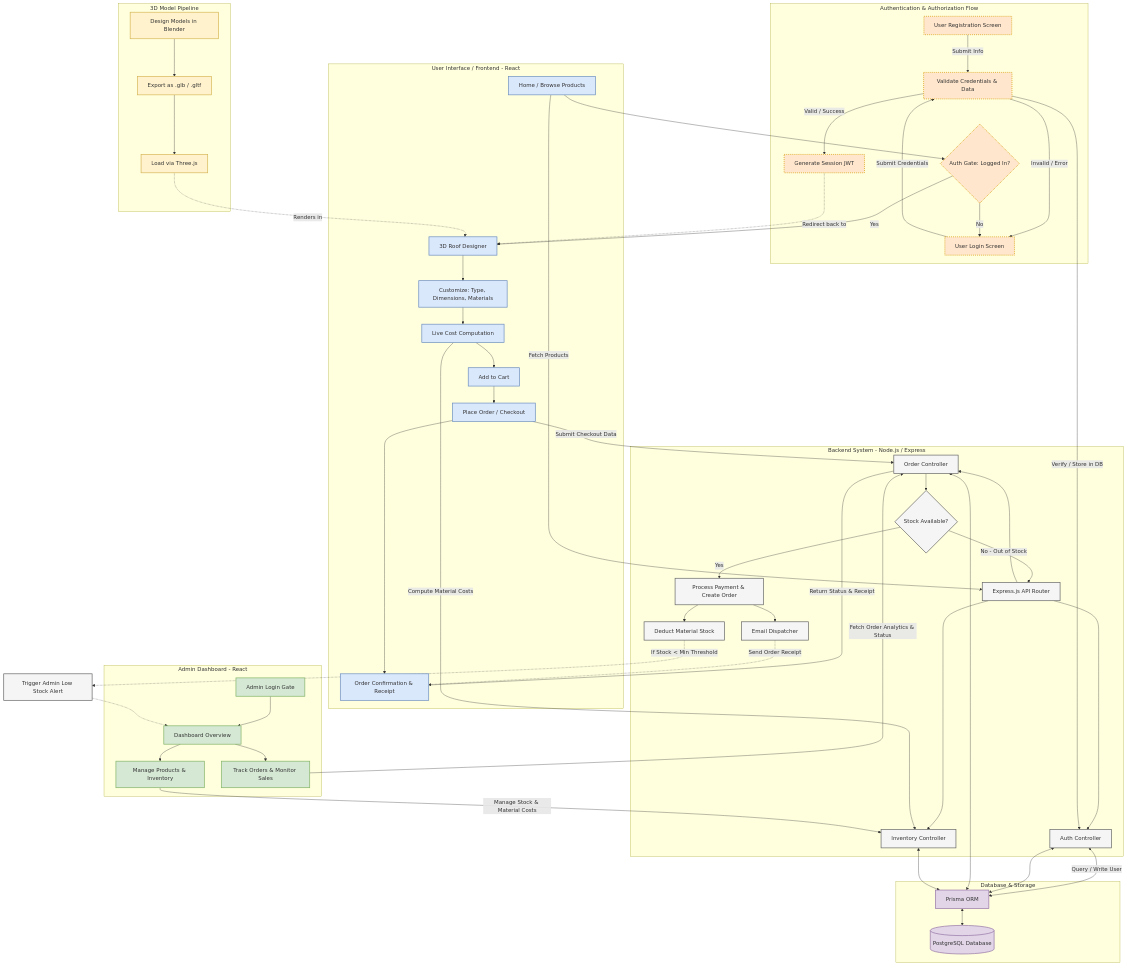
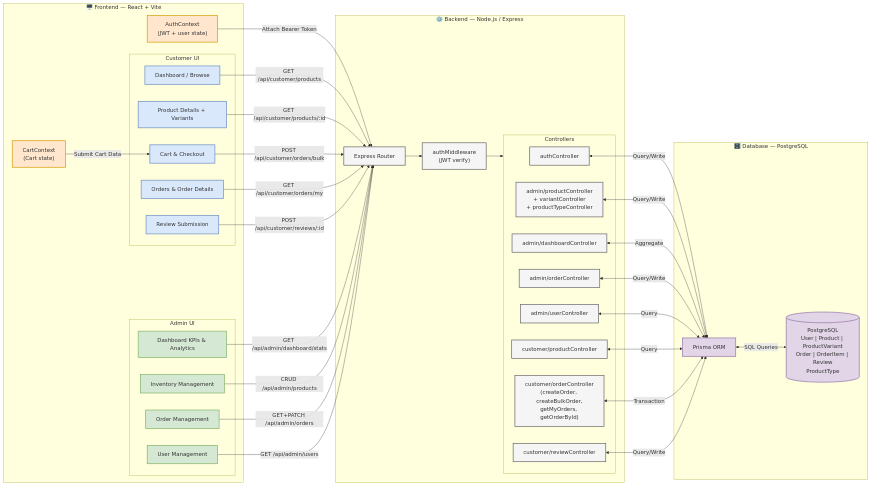
One commit to jerrycajote-Software/mega_pacific_capstone changed the sixth of 6 diagrams in flowchart.md. Above: the diagram before and after it, drawn with Mermaid. The commit also changed other lines of this file and 36 other files, not shown here.

````diff
--- a/flowchart.md
+++ b/flowchart.md
@@ -9,151 +481,83 @@
 ```mermaid
-graph TD
-    %% Styling / Themes
-    classDef auth fill:#ffe6cc,stroke:#d79b00,stroke-dasharray: 3 3,stroke-width:2px;
+flowchart LR
+    classDef auth fill:#ffe6cc,stroke:#d79b00,stroke-width:2px;
     classDef user fill:#dae8fc,stroke:#6c8ebf,stroke-width:2px;
     classDef admin fill:#d5e8d4,stroke:#82b366,stroke-width:2px;
     classDef backend fill:#f5f5f5,stroke:#666666,stroke-width:2px;
     classDef db fill:#e1d5e7,stroke:#9673a6,stroke-width:2px;
-    classDef pipeline fill:#fff2cc,stroke:#d6b656,stroke-width:2px;
 
-    %% -------------------------------------------------------------------------
-    %% SUBGRAPH: Authentication & Authorization Flow (Separate Logic)
-    %% -------------------------------------------------------------------------
-    subgraph AuthFlow ["Authentication & Authorization Flow"]
-        UReg["User Registration Screen"]
-        ULog["User Login Screen"]
-        ValCreds["Validate Credentials & Data"]
-        GenToken["Generate Session JWT"]
-        AuthGate{"Auth Gate: Logged In?"}
+    subgraph Frontend ["🖥️ Frontend — React + Vite"]
+        AuthCtx["AuthContext\n(JWT + user state)"]
+        CartCtx["CartContext\n(Cart state)"]
 
-        UReg -->|Submit Info| ValCreds
-        ULog -->|Submit Credentials| ValCreds
-        ValCreds -->|Valid / Success| GenToken
-        ValCreds -->|Invalid / Error| ULog
+        subgraph CustomerUI ["Customer UI"]
+            CU1["Dashboard / Browse"]
+            CU2["Product Details + Variants"]
+            CU3["Cart & Checkout"]
+            CU4["Orders & Order Details"]
+            CU5["Review Submission"]
+        end
+
+        subgraph AdminUI ["Admin UI"]
+            AU1["Dashboard KPIs & Analytics"]
+            AU2["Inventory Management"]
+            AU3["Order Management"]
+            AU4["User Management"]
+        end
     end
 
-    %% -------------------------------------------------------------------------
-    %% SUBGRAPH: User Frontend Flow
-    %% -------------------------------------------------------------------------
-    subgraph UserInterface ["User Interface / Frontend - React"]
-        U1["Home / Browse Products"]
-        U2["3D Roof Designer"]
-        U3["Customize: Type, Dimensions, Materials"]
-        U4["Live Cost Computation"]
-        U5["Add to Cart"]
-        U6["Place Order / Checkout"]
-        U7["Order Confirmation & Receipt"]
+    subgraph Backend ["⚙️ Backend — Node.js / Express"]
+        Router["Express Router"]
+        AuthMW["authMiddleware\n(JWT verify)"]
 
-        U1 --> AuthGate
-        AuthGate -->|Yes| U2
-        AuthGate -->|No| ULog
-        GenToken -.->|Redirect back to| U2
-
-        U2 --> U3
-        U3 --> U4
-        U4 --> U5
-        U5 --> U6
-        U6 --> U7
+        subgraph Controllers ["Controllers"]
+            AC["authController"]
+            APC["admin/productController\n+ variantController\n+ productTypeController"]
+            ADC["admin/dashboardController"]
+            AOC["admin/orderController"]
+            AUC["admin/userController"]
+            CPC["customer/productController"]
+            COC["customer/orderController\n(createOrder, createBulkOrder,\ngetMyOrders, getOrderById)"]
+            CRC["customer/reviewController"]
+        end
     end
 
-    %% -------------------------------------------------------------------------
-    %% SUBGRAPH: Admin Dashboard
-    %% -------------------------------------------------------------------------
-    subgraph AdminPanel ["Admin Dashboard - React"]
-        A1["Admin Login Gate"]
-        A2["Dashboard Overview"]
-        A3["Manage Products & Inventory"]
-        A4["Track Orders & Monitor Sales"]
-        
-        A1 --> A2
-        A2 --> A3
-        A2 --> A4
+    subgraph Database ["🗄️ Database — PostgreSQL"]
+        PrismaORM["Prisma ORM"]
+        DB[("PostgreSQL\nUser | Product | ProductVariant\nOrder | OrderItem | Review\nProductType")]
     end
 
-    %% -------------------------------------------------------------------------
-    %% SUBGRAPH: Backend API & Business Logic
-    %% -------------------------------------------------------------------------
-    subgraph BackendSystem ["Backend System - Node.js / Express"]
-        B1["Express.js API Router"]
-        BAuth["Auth Controller"]
-        BOrder["Order Controller"]
-        BInv["Inventory Controller"]
-        
-        %% Inventory & Order Internal Logic
-        InvCheck{"Stock Available?"}
-        InvDeduct["Deduct Material Stock"]
-        ProcOrder["Process Payment & Create Order"]
-        EmailService["Email Dispatcher"]
-        
-        B1 --> BAuth
-        B1 --> BOrder
-        B1 --> BInv
-        
-        %% Order Flow inside Backend
-        BOrder --> InvCheck
-        InvCheck -->|No - Out of Stock| B1
-        InvCheck -->|Yes| ProcOrder
-        ProcOrder --> InvDeduct
-        ProcOrder --> EmailService
-    end
+    AuthCtx -->|"Attach Bearer Token"| Router
+    CartCtx -->|"Submit Cart Data"| CU3
 
-    %% -------------------------------------------------------------------------
-    %% SUBGRAPH: Database
-    %% -------------------------------------------------------------------------
-    subgraph DBSystem ["Database & Storage"]
-        DB[("PostgreSQL Database")]
-        Prisma["Prisma ORM"]
-        
-        Prisma <--> DB
-    end
+    CU1 -->|"GET /api/customer/products"| Router
+    CU2 -->|"GET /api/customer/products/:id"| Router
+    CU3 -->|"POST /api/customer/orders/bulk"| Router
+    CU4 -->|"GET /api/customer/orders/my"| Router
+    CU5 -->|"POST /api/customer/reviews/:id"| Router
 
-    %% -------------------------------------------------------------------------
-    %% SUBGRAPH: 3D Pipeline
-    %% -------------------------------------------------------------------------
-    subgraph ThreeDPipeline ["3D Model Pipeline"]
-        M1["Design Models in Blender"]
-        M2["Export as .glb / .gltf"]
-        M3["Load via Three.js"]
-        
-        M1 --> M2
-        M2 --> M3
-    end
+    AU1 -->|"GET /api/admin/dashboard/stats"| Router
+    AU2 -->|"CRUD /api/admin/products"| Router
+    AU3 -->|"GET+PATCH /api/admin/orders"| Router
+    AU4 -->|"GET /api/admin/users"| Router
 
-    %% -------------------------------------------------------------------------
-    %% CONNECTIONS & INTERACTIONS
-    %% -------------------------------------------------------------------------
-    %% Three.js connection
-    M3 -.->|Renders in| U2
+    Router --> AuthMW
+    AuthMW --> Controllers
 
-    %% Auth Connections
-    ValCreds -->|Verify / Store in DB| BAuth
-    BAuth <-->|Query / Write User| Prisma
+    AC <-->|"Query/Write"| PrismaORM
+    APC <-->|"Query/Write"| PrismaORM
+    ADC <-->|"Aggregate"| PrismaORM
+    AOC <-->|"Query/Write"| PrismaORM
+    AUC <-->|"Query"| PrismaORM
+    CPC <-->|"Query"| PrismaORM
+    COC <-->|"Transaction"| PrismaORM
+    CRC <-->|"Query/Write"| PrismaORM
 
-    %% User Interaction Connections to Backend
-    U1 -->|Fetch Products| B1
-    U4 -->|Compute Material Costs| BInv
-    U6 -->|Submit Checkout Data| BOrder
-    BOrder -->|Return Status & Receipt| U7
+    PrismaORM <-->|"SQL Queries"| DB
 
-    %% Admin Interaction Connections
-    A3 -->|Manage Stock & Material Costs| BInv
-    A4 -->|Fetch Order Analytics & Status| BOrder
-
-    %% Backend DB Interactions
-    BAuth <--> Prisma
-    BOrder <--> Prisma
-    BInv <--> Prisma
-    
-    %% Notifications / Warnings
-    EmailService -.->|Send Order Receipt| U7
-    InvDeduct -.->|If Stock < Min Threshold| AlertAdmin["Trigger Admin Low Stock Alert"]
-    AlertAdmin -.-> A2
-
-    %% Assigning Classes for styles
-    class UReg,ULog,ValCreds,GenToken,AuthGate auth;
-    class U1,U2,U3,U4,U5,U6,U7 user;
-    class A1,A2,A3,A4 admin;
-    class B1,BAuth,BOrder,BInv,InvCheck,InvDeduct,ProcOrder,EmailService,AlertAdmin backend;
-    class DB,Prisma db;
-    class M1,M2,M3 pipeline;
+    class AuthCtx,CartCtx auth;
+    class CU1,CU2,CU3,CU4,CU5 user;
+    class AU1,AU2,AU3,AU4 admin;
+    class Router,AuthMW,AC,APC,ADC,AOC,AUC,CPC,COC,CRC backend;
+    class PrismaORM,DB db;
 ```
````
